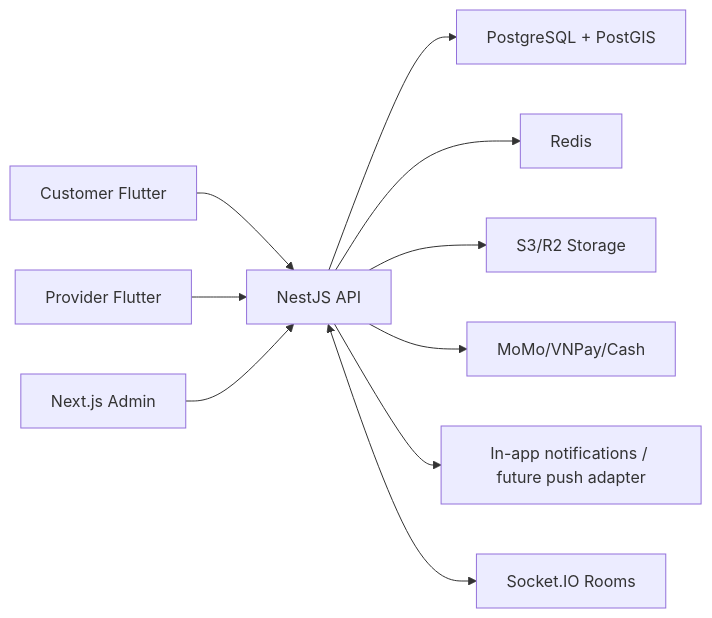
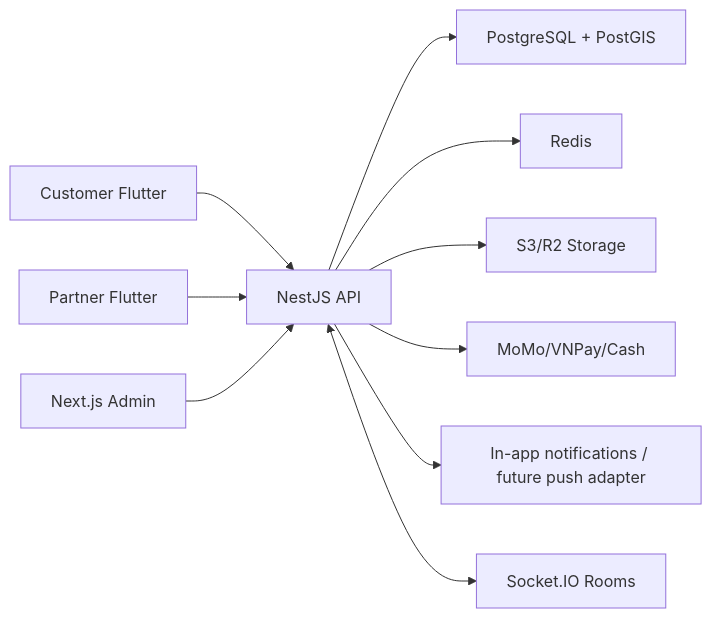
One commit to hands-platform/hands-app changed the diagram in docs/architecture/product-architecture.md. Above: the diagram before and after it, drawn with Mermaid. The commit also changed other lines of this file and 18 other files, not shown here.

Commit message:
docs(product): align partner matching flow

````diff
--- a/docs/architecture/product-architecture.md
+++ b/docs/architecture/product-architecture.md
@@ -7,12 +7,12 @@
 ```mermaid
 flowchart LR
   C["Customer Flutter"] --> API["NestJS API"]
-  P["Provider Flutter"] --> API
+  P["Partner Flutter"] --> API
   A["Next.js Admin"] --> API
   API --> DB["PostgreSQL + PostGIS"]
   API --> R["Redis"]
   API --> S["S3/R2 Storage"]
   API --> Pay["MoMo/VNPay/Cash"]
   API --> Push["In-app notifications / future push adapter"]
   API <--> WS["Socket.IO Rooms"]
 ```
````
